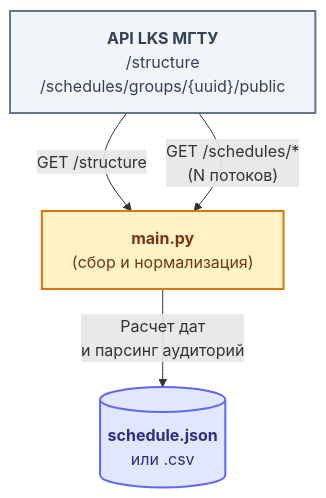
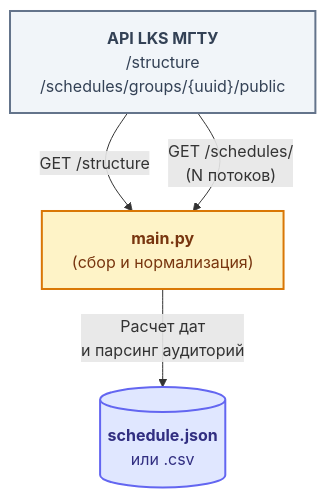
The diagram in README.md (Digital-SGN/ScheduleParser), drawn with Mermaid before and after one commit.

````diff
--- a/README.md
+++ b/README.md
@@ -97,18 +97,18 @@
 ```mermaid
 flowchart TD
     LKS["<b>API LKS МГТУ</b><br/>/structure<br/>/schedules/groups/{uuid}/public"]
     Parser["<b>main.py</b><br/>(сбор и нормализация)"]
     File[("<b>schedule.json</b><br/>или .csv")]
 
     LKS -->|"GET /structure"| Parser
-    LKS -->|"GET /schedules/*<br/>(N потоков)"| Parser
+    LKS -->|"GET /schedules/<br/>(N потоков)"| Parser
     Parser -->|"Расчет дат<br/>и парсинг аудиторий"| File
 
     classDef api fill:#f1f5f9,stroke:#64748b,stroke-width:2px,color:#334155;
     classDef parser fill:#fef3c7,stroke:#d97706,stroke-width:2px,color:#78350f;
     classDef db fill:#e0e7ff,stroke:#6366f1,stroke-width:2px,color:#312e81;
 
     class LKS api;
     class Parser parser;
     class File db;
 ```
````
